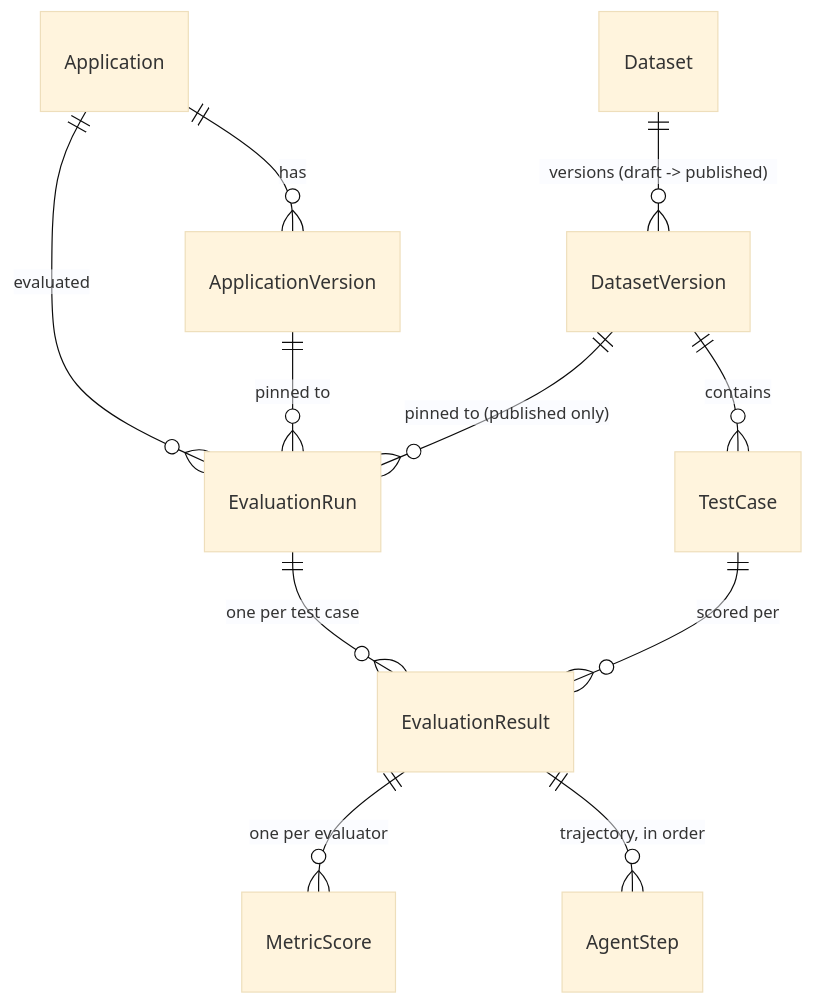
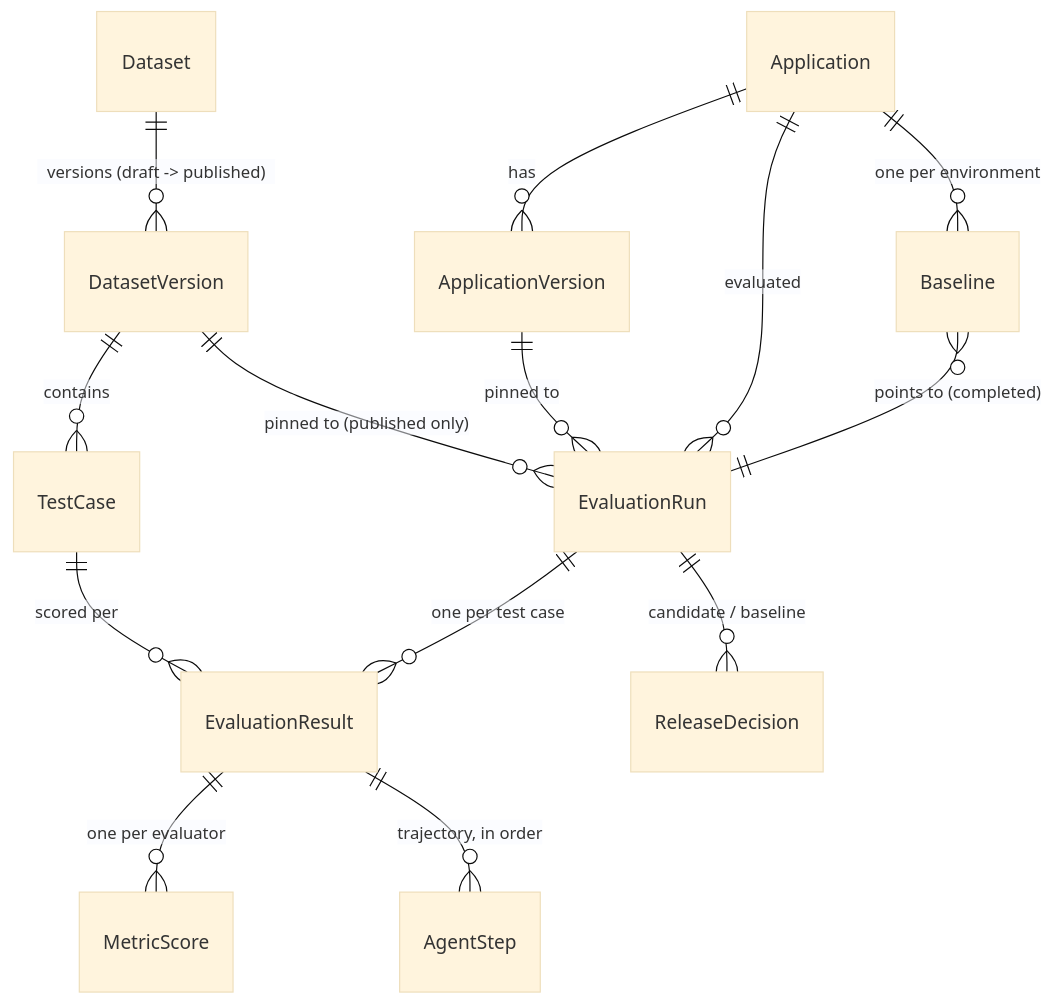
The second of 2 diagrams in docs/architecture.md (roshano3o3/agentforge), drawn with Mermaid (base theme) before and after one commit. The commit also changed other lines of this file and 19 other files, not shown here.

````diff
--- a/docs/architecture.md
+++ b/docs/architecture.md
@@ -97,13 +97,16 @@
 ```mermaid
 erDiagram
     Application ||--o{ ApplicationVersion : has
     Dataset ||--o{ DatasetVersion : "versions (draft -> published)"
     DatasetVersion ||--o{ TestCase : contains
     Application ||--o{ EvaluationRun : evaluated
     ApplicationVersion ||--o{ EvaluationRun : "pinned to"
     DatasetVersion ||--o{ EvaluationRun : "pinned to (published only)"
     EvaluationRun ||--o{ EvaluationResult : "one per test case"
     TestCase ||--o{ EvaluationResult : "scored per"
     EvaluationResult ||--o{ MetricScore : "one per evaluator"
     EvaluationResult ||--o{ AgentStep : "trajectory, in order"
+    Application ||--o{ Baseline : "one per environment"
+    Baseline }o--|| EvaluationRun : "points to (completed)"
+    EvaluationRun ||--o{ ReleaseDecision : "candidate / baseline"
 ```
````
